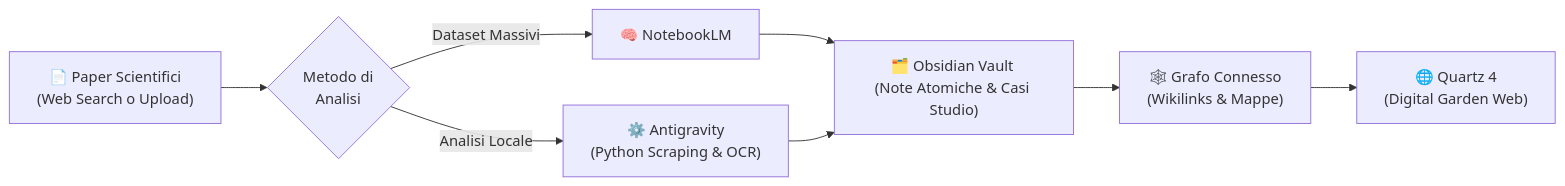
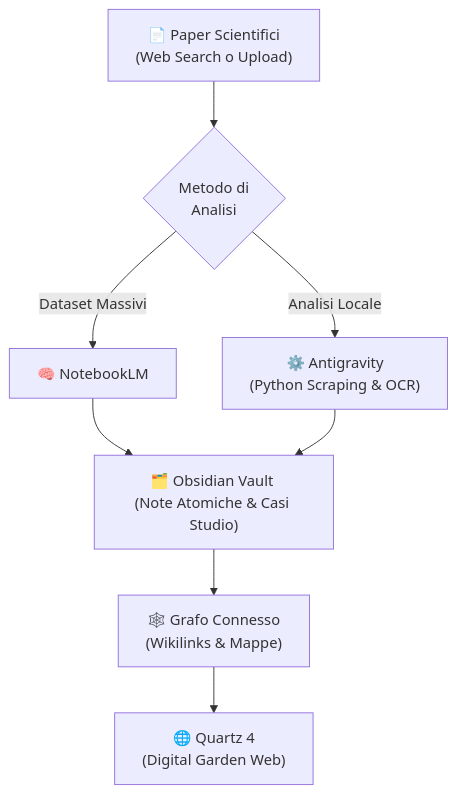
The diagram in content/index.md (amagaro/Salvatore_Ricercatore), drawn with Mermaid before and after one commit. The commit also changed other lines of this file and 3 other files, not shown here.

````diff
--- a/content/index.md
+++ b/content/index.md
@@ -60,10 +20,10 @@
 ```mermaid
-graph LR
+graph TD
     Fonti["📄 Paper Scientifici <br>(Web Search o Upload)"] --> Bivio{Metodo di<br>Analisi}
     Bivio -->|Dataset Massivi| NBLM["🧠 NotebookLM"]
     Bivio -->|Analisi Locale| AG["⚙️ Antigravity <br>(Python Scraping & OCR)"]
     NBLM --> Vault["🗂️ Obsidian Vault <br>(Note Atomiche & Casi Studio)"]
     AG --> Vault
     Vault --> Graph["🕸️ Grafo Connesso <br>(Wikilinks & Mappe)"]
     Graph --> Quartz["🌐 Quartz 4 <br>(Digital Garden Web)"]
 ```
````
